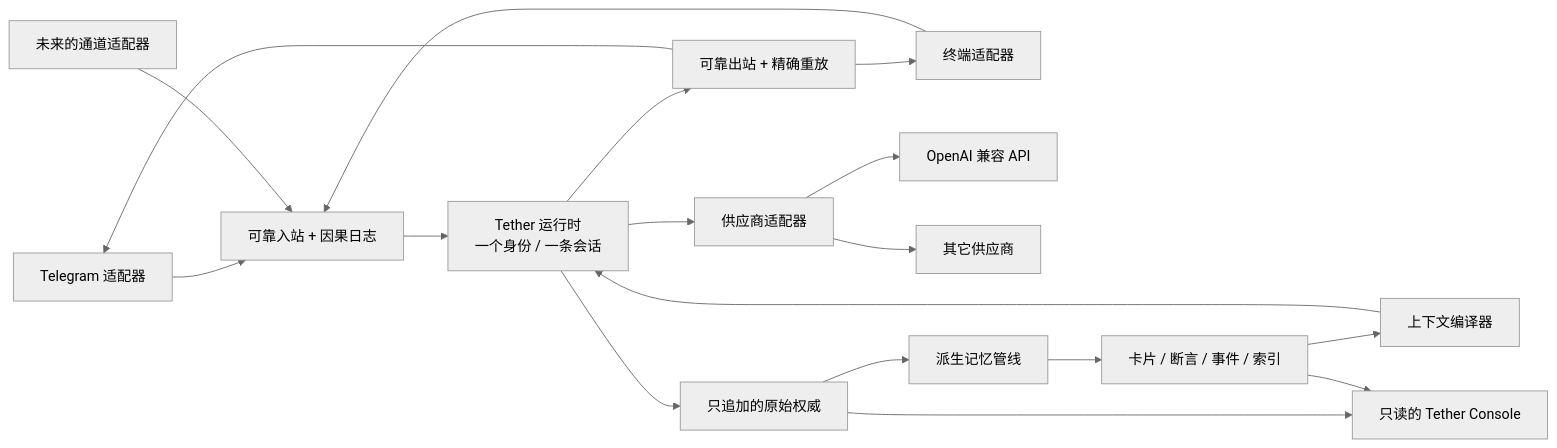
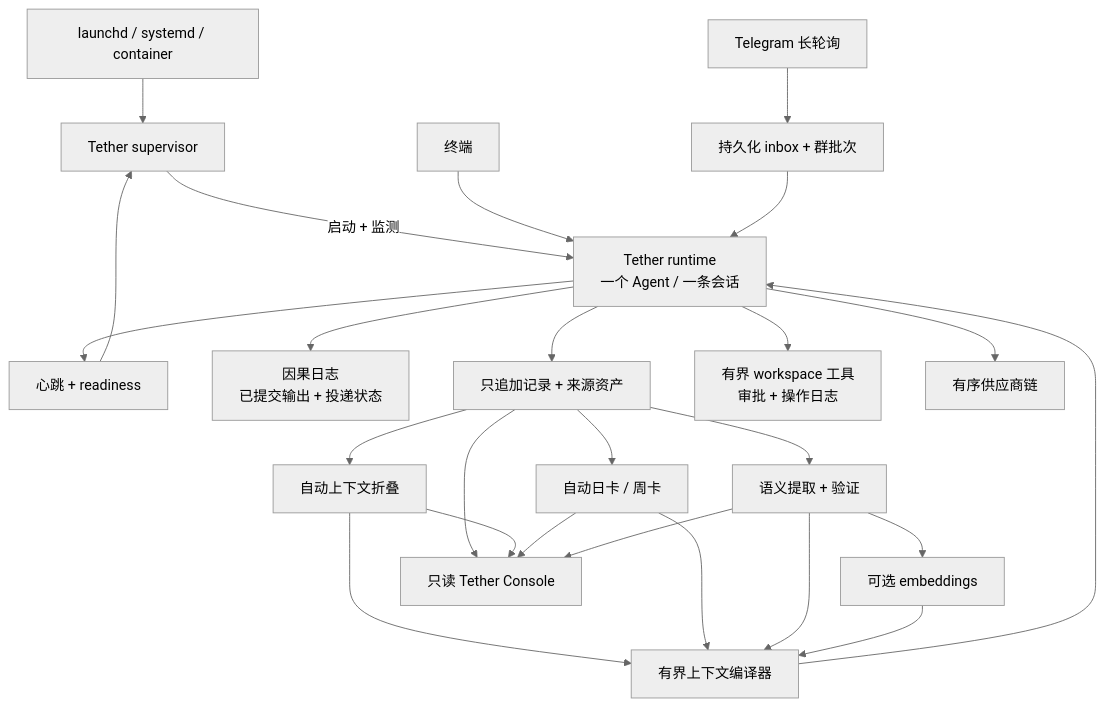
One commit to SsssssSynqa/tether-agent-runtime changed the diagram in ARCHITECTURE.zh-CN.md. Above: the diagram before and after it, drawn with Mermaid (neutral theme). The commit also changed other lines of this file and 83 other files, not shown here.

First line of the commit message:
feat: complete Tether reference runtime (#12)

````diff
--- a/ARCHITECTURE.zh-CN.md
+++ b/ARCHITECTURE.zh-CN.md
@@ -13,20 +11,31 @@
 ```mermaid
-flowchart LR
-    TG["Telegram 适配器"] --> IN["可靠入站 + 因果日志"]
-    TERM["终端适配器"] --> IN
-    FUTURE["未来的通道适配器"] --> IN
-    IN --> RT["Tether 运行时\n一个身份 / 一条会话"]
-    RT --> PA["供应商适配器"]
-    PA --> P1["OpenAI 兼容 API"]
-    PA --> P2["其它供应商"]
-    RT --> RAW["只追加的原始权威"]
-    RAW --> MEM["派生记忆管线"]
-    MEM --> CARDS["卡片 / 断言 / 事件 / 索引"]
-    CARDS --> COMP["上下文编译器"]
-    COMP --> RT
-    RAW --> CONSOLE["只读的 Tether Console"]
-    CARDS --> CONSOLE
-    RT --> OUT["可靠出站 + 精确重放"]
-    OUT --> TG
-    OUT --> TERM
+flowchart TB
+  HOST["launchd / systemd / container"] --> SUP["Tether supervisor"]
+  SUP -->|"启动 + 监测"| RT["Tether runtime\n一个 Agent / 一条会话"]
+  RT --> HEALTH["心跳 + readiness"]
+  HEALTH --> SUP
+
+  TERM["终端"] --> RT
+  TG["Telegram 长轮询"] --> DQ["持久化 inbox + 群批次"]
+  DQ --> RT
+
+  RT --> CAUSAL["因果日志\n已提交输出 + 投递状态"]
+  RT --> RAW["只追加记录 + 来源资产"]
+  RT --> TOOLS["有界 workspace 工具\n审批 + 操作日志"]
+  RT --> PROVIDER["有序供应商链"]
+
+  RAW --> FOLD["自动上下文折叠"]
+  RAW --> CARDS["自动日卡 / 周卡"]
+  RAW --> SEM["语义提取 + 验证"]
+  SEM --> VECTOR["可选 embeddings"]
+  FOLD --> COMPILE["有界上下文编译器"]
+  CARDS --> COMPILE
+  SEM --> COMPILE
+  VECTOR --> COMPILE
+  COMPILE --> RT
+
+  RAW --> CONSOLE["只读 Tether Console"]
+  FOLD --> CONSOLE
+  CARDS --> CONSOLE
+  SEM --> CONSOLE
 ```
````
